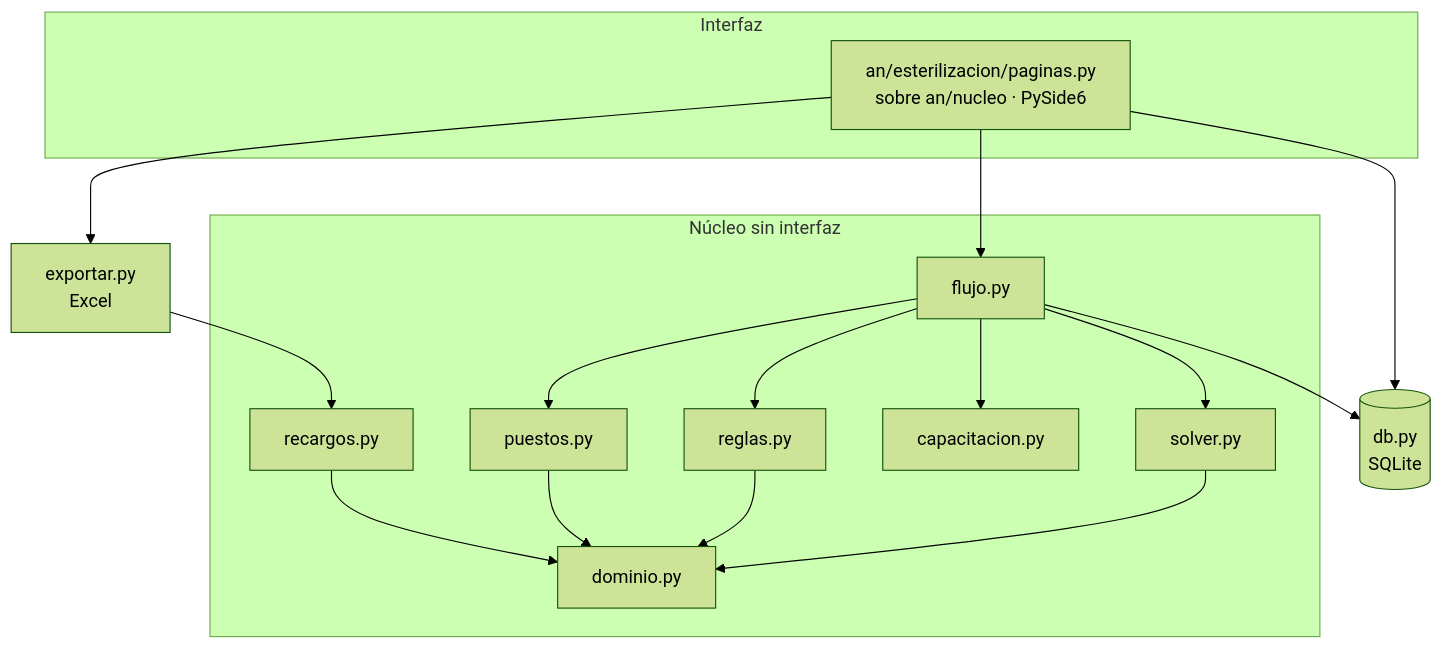
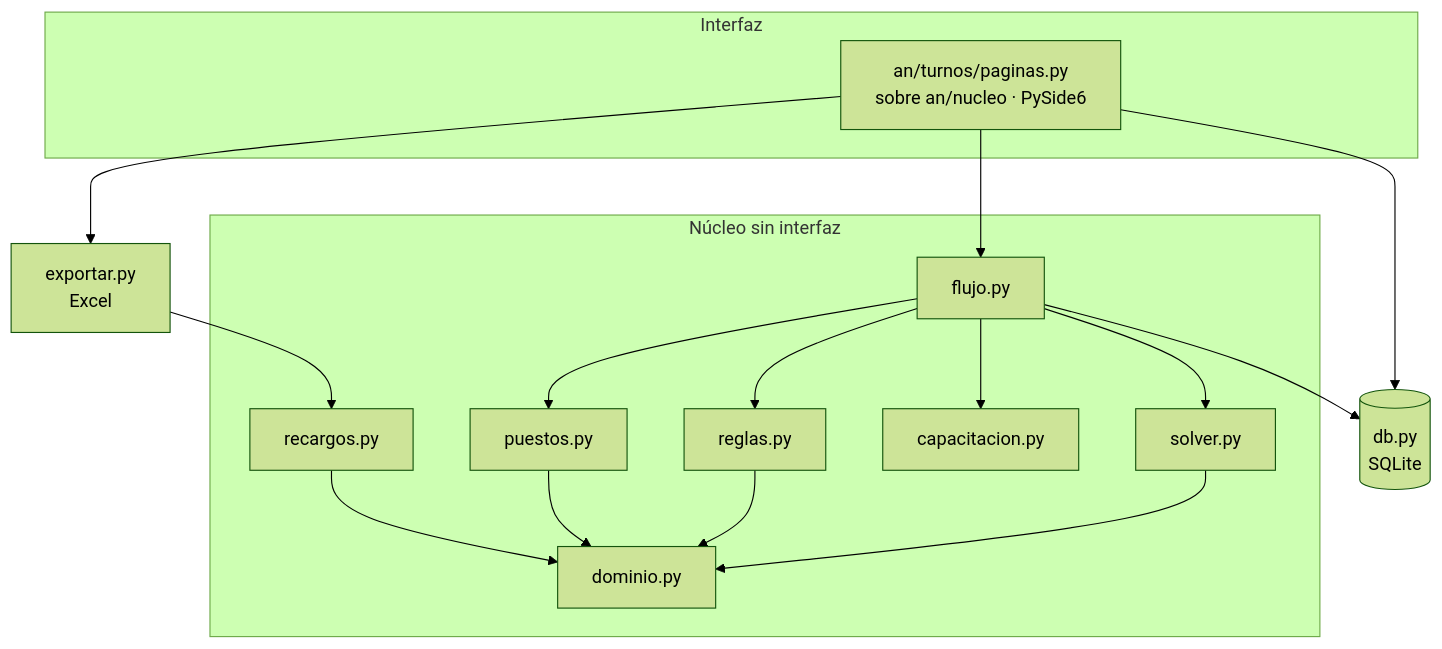
One commit to jssdv/an-turnos changed the diagram in docs/ARQUITECTURA.md. Above: the diagram before and after it, drawn with Mermaid (forest theme). The commit also changed other lines of this file and 27 other files, not shown here.

Commit message:
Renombrar el paquete an/esterilizacion a an/turnos

````diff
--- a/docs/ARQUITECTURA.md
+++ b/docs/ARQUITECTURA.md
@@ -9,24 +9,24 @@
 ```mermaid
 flowchart TB
     subgraph UI[Interfaz]
-        app[an/esterilizacion/paginas.py<br/>sobre an/nucleo · PySide6]
+        app[an/turnos/paginas.py<br/>sobre an/nucleo · PySide6]
     end
     subgraph Nucleo[Núcleo sin interfaz]
         flujo[flujo.py]
         solver[solver.py]
         reglas[reglas.py]
         puestos[puestos.py]
         cap[capacitacion.py]
         rec[recargos.py]
         dom[dominio.py]
     end
     db[(db.py<br/>SQLite)]
     exp[exportar.py<br/>Excel]
     app --> flujo
     app --> exp
     flujo --> solver & puestos & cap & reglas
     exp --> rec
     solver & reglas & puestos & rec --> dom
     flujo --> db
     app --> db
 ```
````
